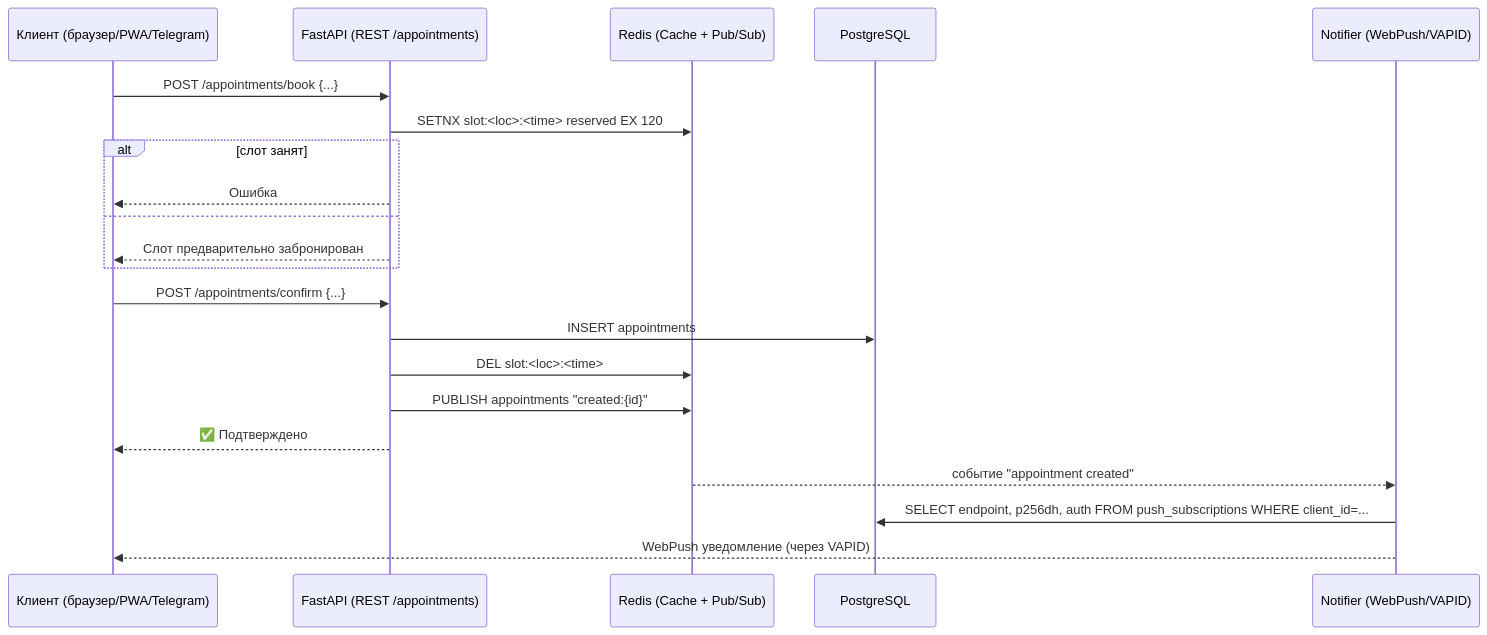
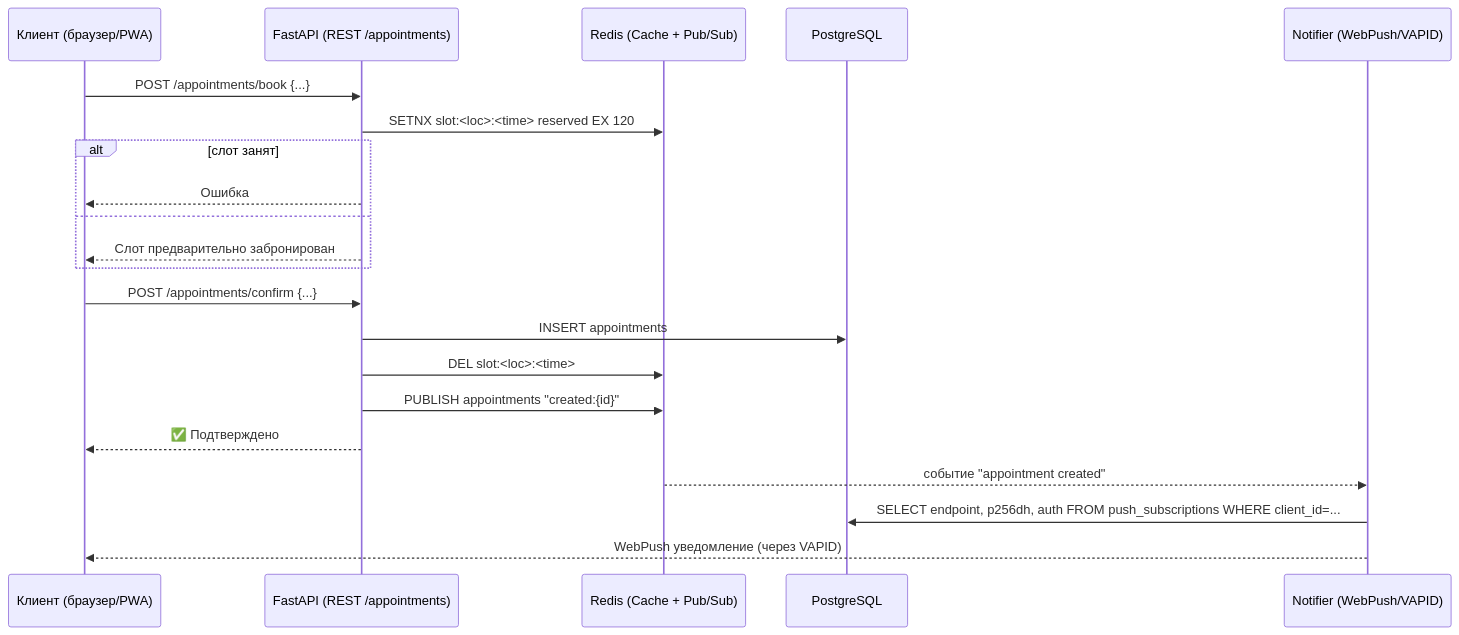
Before and after one commit to lottoprof/booking: the first of 2 diagrams in README.md, drawn with Mermaid.

Commit message:
README.md

````diff
--- a/README.md
+++ b/README.md
@@ -47,26 +47,27 @@
 ```mermaid
 sequenceDiagram
-    participant C as Клиент (браузер/PWA/Telegram)
+    participant C as Клиент (браузер/PWA)
     participant API as FastAPI (REST /appointments)
     participant R as Redis (Cache + Pub/Sub)
     participant DB as PostgreSQL
     participant N as Notifier (WebPush/VAPID)
 
     C->>API: POST /appointments/book {...}
     API->>R: SETNX slot:<loc>:<time> reserved EX 120
     alt слот занят
         API-->>C: Ошибка
     else
         API-->>C: Слот предварительно забронирован
     end
 
     C->>API: POST /appointments/confirm {...}
     API->>DB: INSERT appointments
     API->>R: DEL slot:<loc>:<time>
     API->>R: PUBLISH appointments "created:{id}"
     API-->>C: ✅ Подтверждено
 
     R-->>N: событие "appointment created"
     N->>DB: SELECT endpoint, p256dh, auth FROM push_subscriptions WHERE client_id=...
     N-->>C: WebPush уведомление (через VAPID)
+
 ```
````
